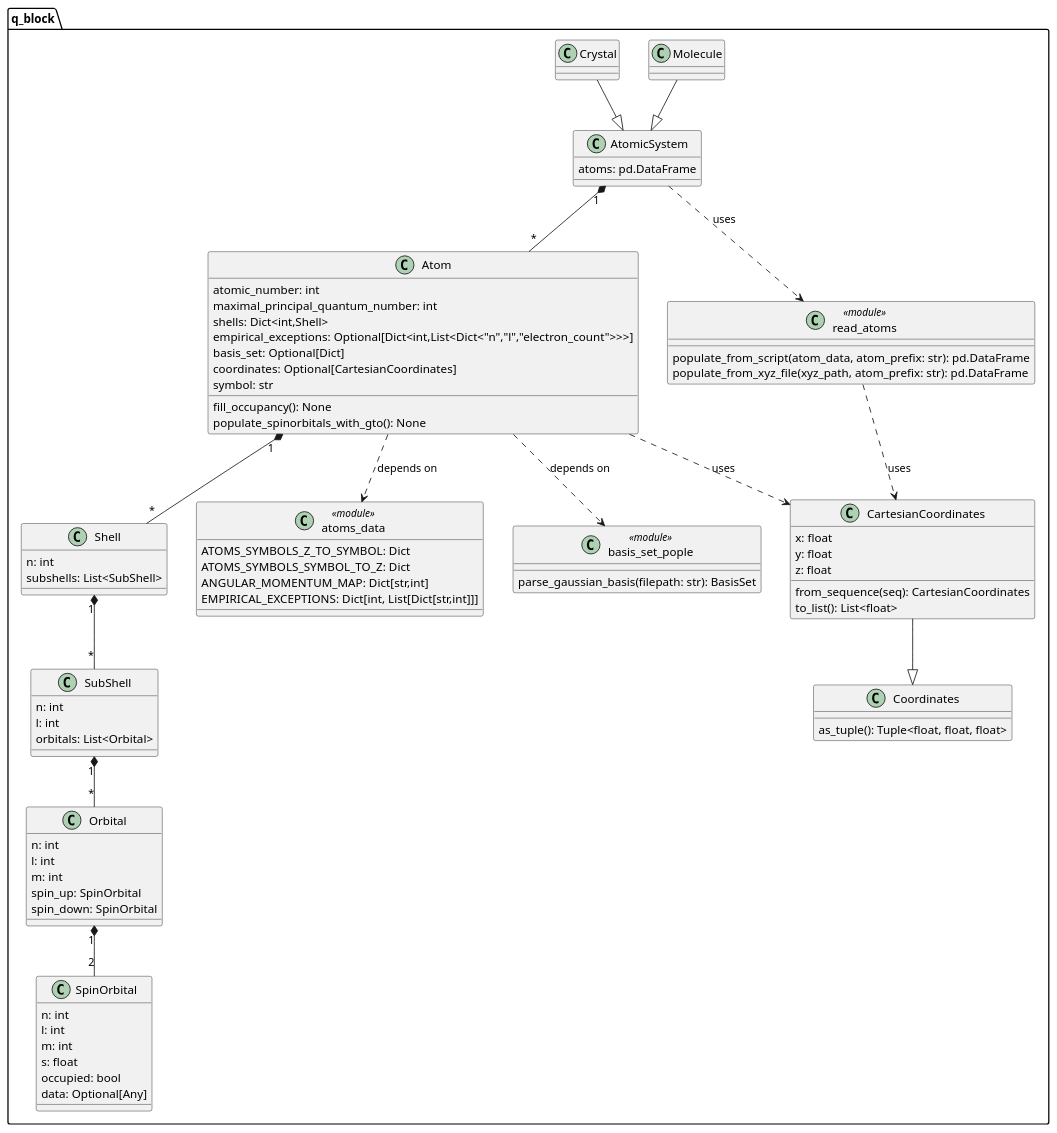
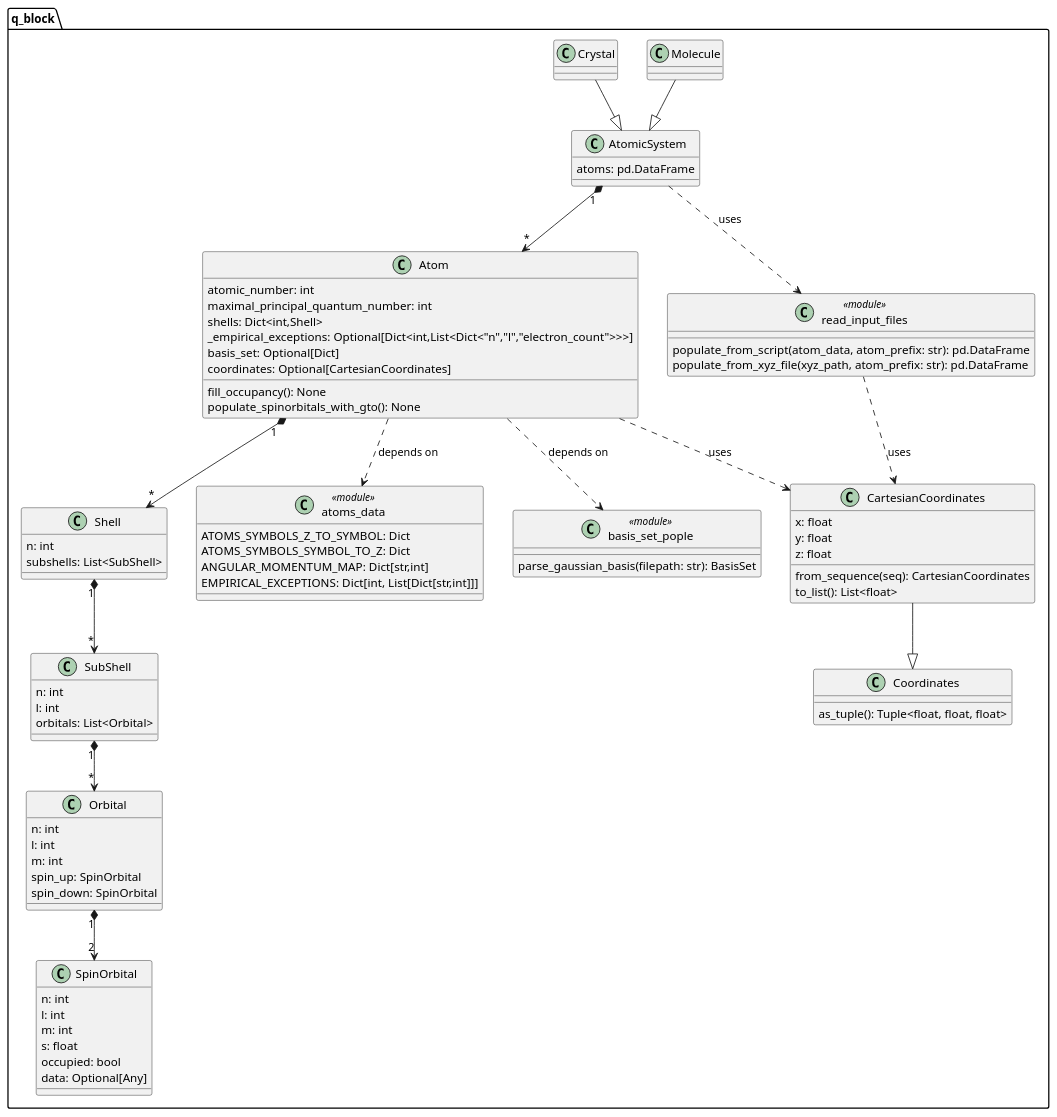
Before and after one commit to milosz-martynow/qBlock: the diagram in architecture/bdd_q_block.puml, drawn with PlantUML. The commit also changed 9 other files, not shown here.

```diff
--- a/architecture/bdd_q_block.puml
+++ b/architecture/bdd_q_block.puml
@@ -1,109 +1,108 @@
 @startuml
 ' ==========================================================
 ' Block Definition Diagram for package q_block
 ' ==========================================================
 
 package "q_block" {
 
     class "Atom" {
         atomic_number: int
         maximal_principal_quantum_number: int
         shells: Dict<int,Shell>
-        empirical_exceptions: Optional[Dict<int,List<Dict<"n","l","electron_count">>>]
+        _empirical_exceptions: Optional[Dict<int,List<Dict<"n","l","electron_count">>>]
         basis_set: Optional[Dict]
         coordinates: Optional[CartesianCoordinates]
         fill_occupancy(): None
         populate_spinorbitals_with_gto(): None
-        symbol: str
     }
 
     class "CartesianCoordinates" {
         x: float
         y: float
         z: float
         from_sequence(seq): CartesianCoordinates
         to_list(): List<float>
     }
 
     class "Coordinates" {
         as_tuple(): Tuple<float, float, float>
     }
 
     class "SpinOrbital" {
         n: int
         l: int
         m: int
         s: float
         occupied: bool
         data: Optional[Any]
     }
 
     class "Orbital" {
         n: int
         l: int
         m: int
         spin_up: SpinOrbital
         spin_down: SpinOrbital
     }
 
     class "SubShell" {
         n: int
         l: int
         orbitals: List<Orbital>
     }
 
     class "Shell" {
         n: int
         subshells: List<SubShell>
     }
 
     class "AtomicSystem" {
         atoms: pd.DataFrame
     }
 
     class "Molecule" {
     }
 
     class "Crystal" {
     }
 
     class "atoms_data" as AD <<module>> {
         ATOMS_SYMBOLS_Z_TO_SYMBOL: Dict
         ATOMS_SYMBOLS_SYMBOL_TO_Z: Dict
         ANGULAR_MOMENTUM_MAP: Dict[str,int]
         EMPIRICAL_EXCEPTIONS: Dict[int, List[Dict[str,int]]]
     }
 
     class "basis_set_pople" as BSP <<module>> {
         parse_gaussian_basis(filepath: str): BasisSet
     }
 
-    class "read_atoms" as RA <<module>> {
+    class "read_input_files" as RIF <<module>> {
         populate_from_script(atom_data, atom_prefix: str): pd.DataFrame
         populate_from_xyz_file(xyz_path, atom_prefix: str): pd.DataFrame
     }
 
 
     CartesianCoordinates --|> Coordinates
 }
 
 ' ----------------------------------------------------------
 ' Relationships
 ' ----------------------------------------------------------
 
-"Atom" "1" *-- "*" "Shell"
-"Shell" "1" *-- "*" "SubShell"
-"SubShell" "1" *-- "*" "Orbital"
-"Orbital" "1" *-- "2" "SpinOrbital"
-"AtomicSystem" "1" *-- "*" "Atom"
+"Atom" "1" *--> "*" "Shell"
+"Shell" "1" *--> "*" "SubShell"
+"SubShell" "1" *--> "*" "Orbital"
+"Orbital" "1" *--> "2" "SpinOrbital"
+"AtomicSystem" "1" *--> "*" "Atom"
 
 "Molecule" --|> "AtomicSystem"
 "Crystal"  --|> "AtomicSystem"
 
 "Atom" ..> AD  : depends on
 "Atom" ..> BSP : depends on
-"AtomicSystem" ..> RA : uses
+"AtomicSystem" ..> RIF : uses
 "Atom" ..> "CartesianCoordinates" : uses
-"RA" ..> "CartesianCoordinates" : uses
+"RIF" ..> "CartesianCoordinates" : uses
 
 @enduml
```
